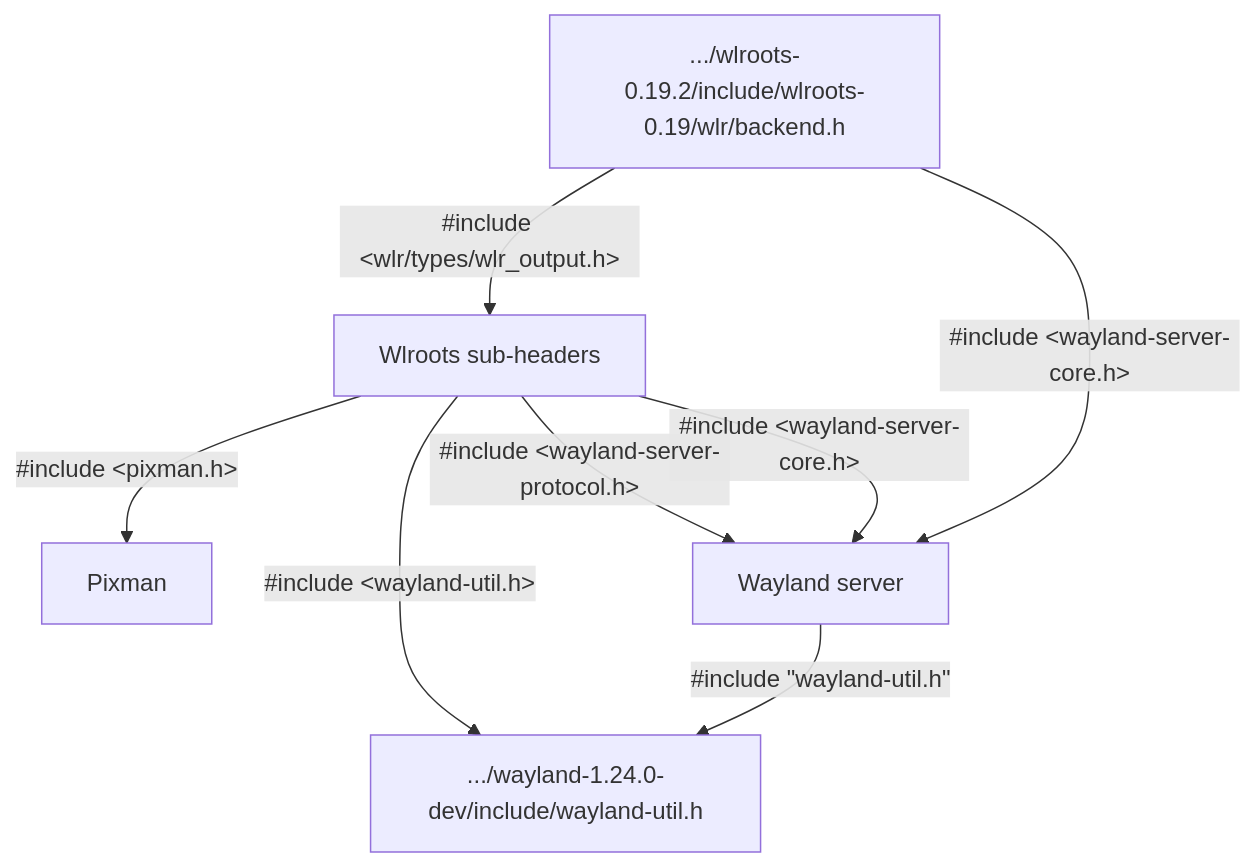
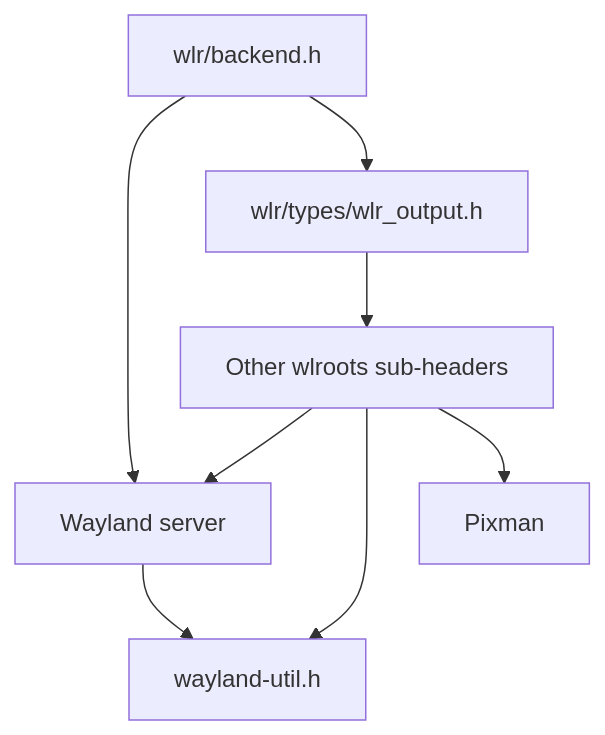
The diagram in hs-wlroots/include-graph-minimal.mmd (well-typed/hs-bindgen-tutorial-nix), drawn with Mermaid before and after one commit. The commit also changed 1 other file, not shown here.

Commit message:
further reduce include graph

```diff
--- a/hs-wlroots/include-graph-minimal.mmd
+++ b/hs-wlroots/include-graph-minimal.mmd
@@ -1,15 +1,16 @@
-%% Manually reduced include graph.
+%% Manually edited reduced include graph.
 
 graph TD;
+  v0["wlr/backend.h"]
+  v29["wayland-util.h"]
   v57["Pixman"]
+  v95["wlr/types/wlr_output.h"]
   v98["Wayland server"]
-  v29[".../wayland-1.24.0-dev/include/wayland-util.h"]
-  v0[".../wlroots-0.19.2/include/wlroots-0.19/wlr/backend.h"]
-  v99["Wlroots sub-headers"]
-  v0-->|"#include &lt;wayland-server-core.h&gt;"|v98
-  v99-->|"#include &lt;wayland-server-core.h&gt;"|v98
-  v98-->|"#include &quot;wayland-util.h&quot;"|v29
-  v99-->|"#include &lt;wayland-util.h&gt;"|v29
-  v0-->|"#include &lt;wlr/types/wlr_output.h&gt;"|v99
-  v99-->|"#include &lt;pixman.h&gt;"|v57
-  v99-->|"#include &lt;wayland-server-protocol.h&gt;"|v98
+  v99["Other wlroots sub-headers"]
+  v0-->v98
+  v99-->v98
+  v98-->v29
+  v99-->v29
+  v0-->v95
+  v95-->v99
+  v99-->v57
```
